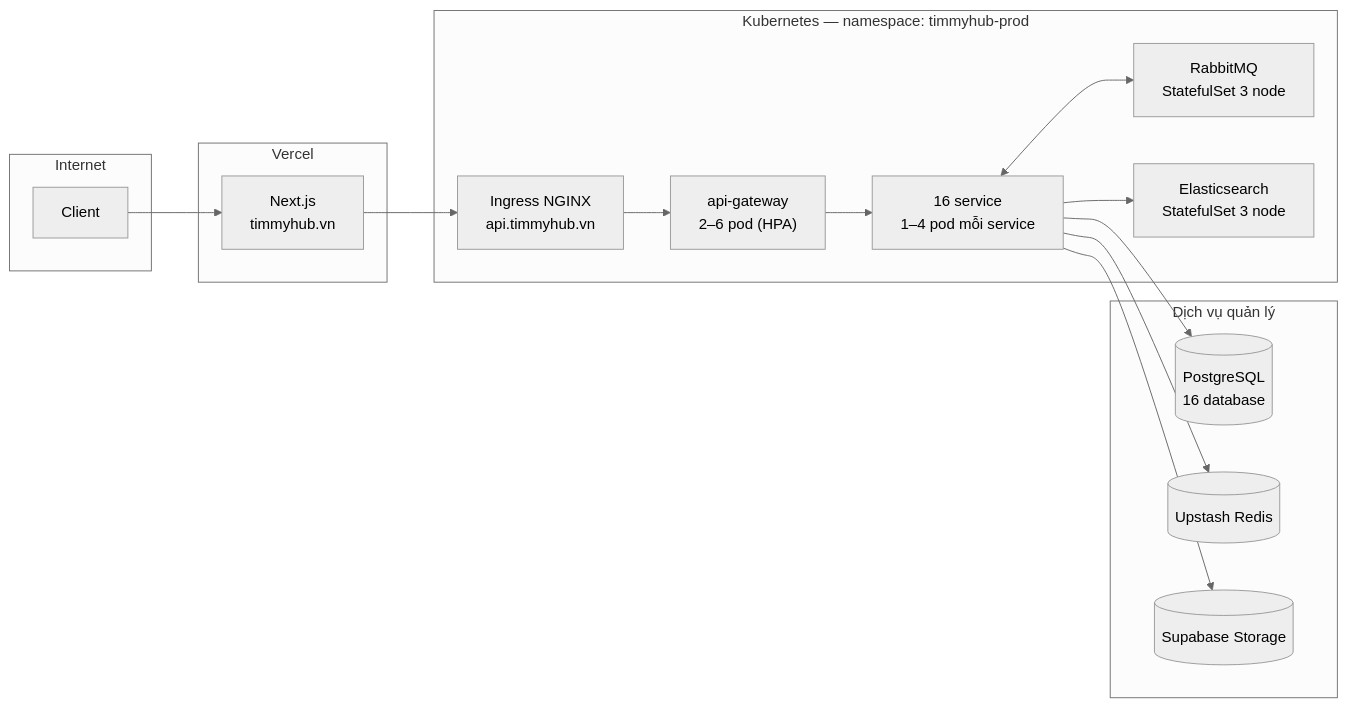
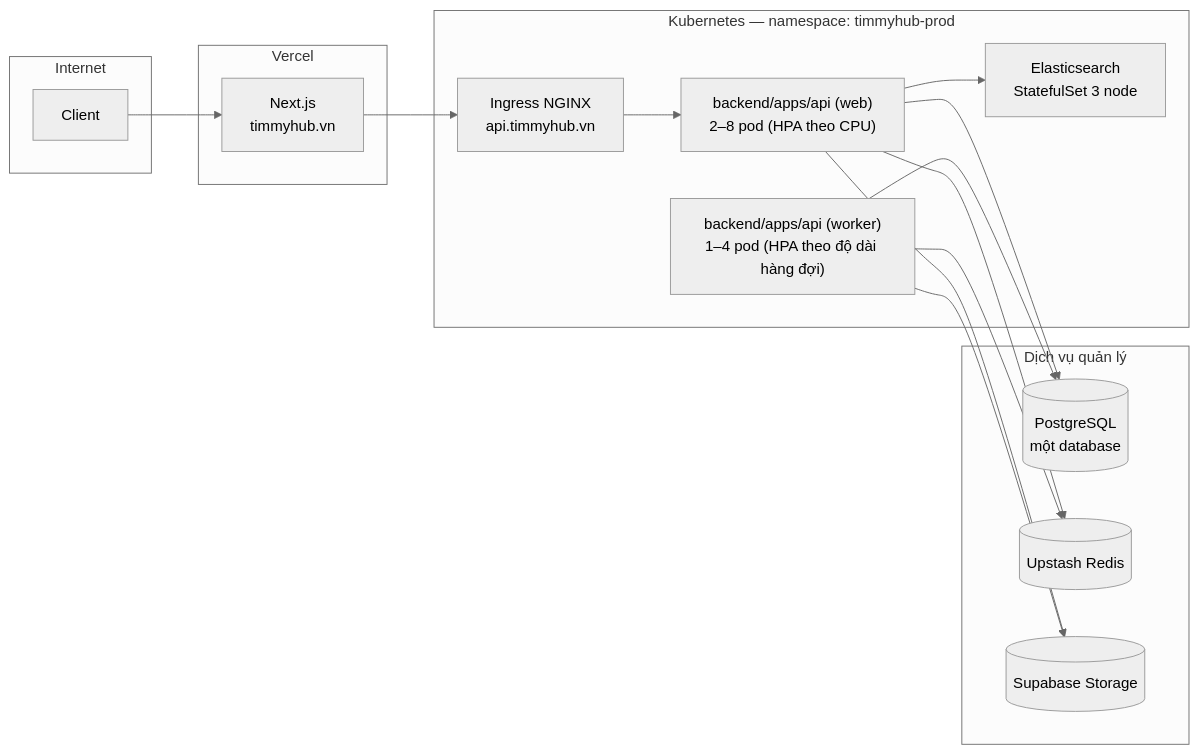
One commit to timmy277/timmyhub changed the third of 4 diagrams in docs/01-architecture/system-architecture.md. Above: the diagram before and after it, drawn with Mermaid (neutral theme). The commit also changed other lines of this file and 34 other files, not shown here.

````diff
--- a/docs/01-architecture/system-architecture.md
+++ b/docs/01-architecture/system-architecture.md
@@ -148,34 +148,34 @@
 ```mermaid
 flowchart LR
     subgraph INTERNET[Internet]
         CLIENT[Client]
     end
 
     subgraph VERCEL["Vercel"]
         NEXT["Next.js<br/>timmyhub.vn"]
     end
 
     subgraph K8S["Kubernetes — namespace: timmyhub-prod"]
         ING["Ingress NGINX<br/>api.timmyhub.vn"]
-        GWP["api-gateway<br/>2–6 pod (HPA)"]
-        SVC["16 service<br/>1–4 pod mỗi service"]
-        RMQP["RabbitMQ<br/>StatefulSet 3 node"]
+        APIP["backend/apps/api (web)<br/>2–8 pod (HPA theo CPU)"]
+        WRKP["backend/apps/api (worker)<br/>1–4 pod (HPA theo độ dài hàng đợi)"]
         ESP["Elasticsearch<br/>StatefulSet 3 node"]
     end
 
     subgraph MANAGED["Dịch vụ quản lý"]
-        PGM[("PostgreSQL<br/>16 database")]
+        PGM[("PostgreSQL<br/>một database")]
         UPSM[("Upstash Redis")]
         SUPM[("Supabase Storage")]
     end
 
     CLIENT --> NEXT
     NEXT --> ING
-    ING --> GWP
-    GWP --> SVC
-    SVC <--> RMQP
-    SVC --> PGM
-    SVC --> UPSM
-    SVC --> ESP
-    SVC --> SUPM
+    ING --> APIP
+    APIP --> PGM
+    APIP --> UPSM
+    APIP --> ESP
+    APIP --> SUPM
+    WRKP --> PGM
+    WRKP --> UPSM
+    WRKP --> SUPM
 ```
````
